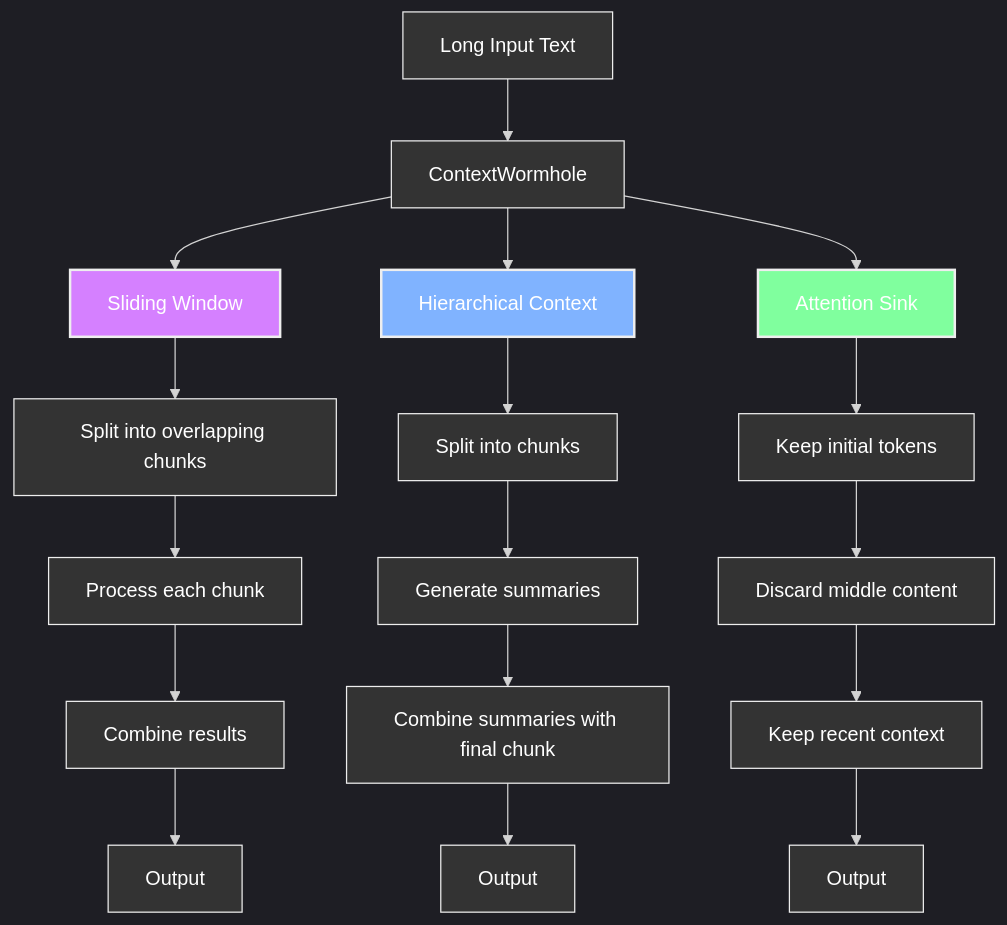
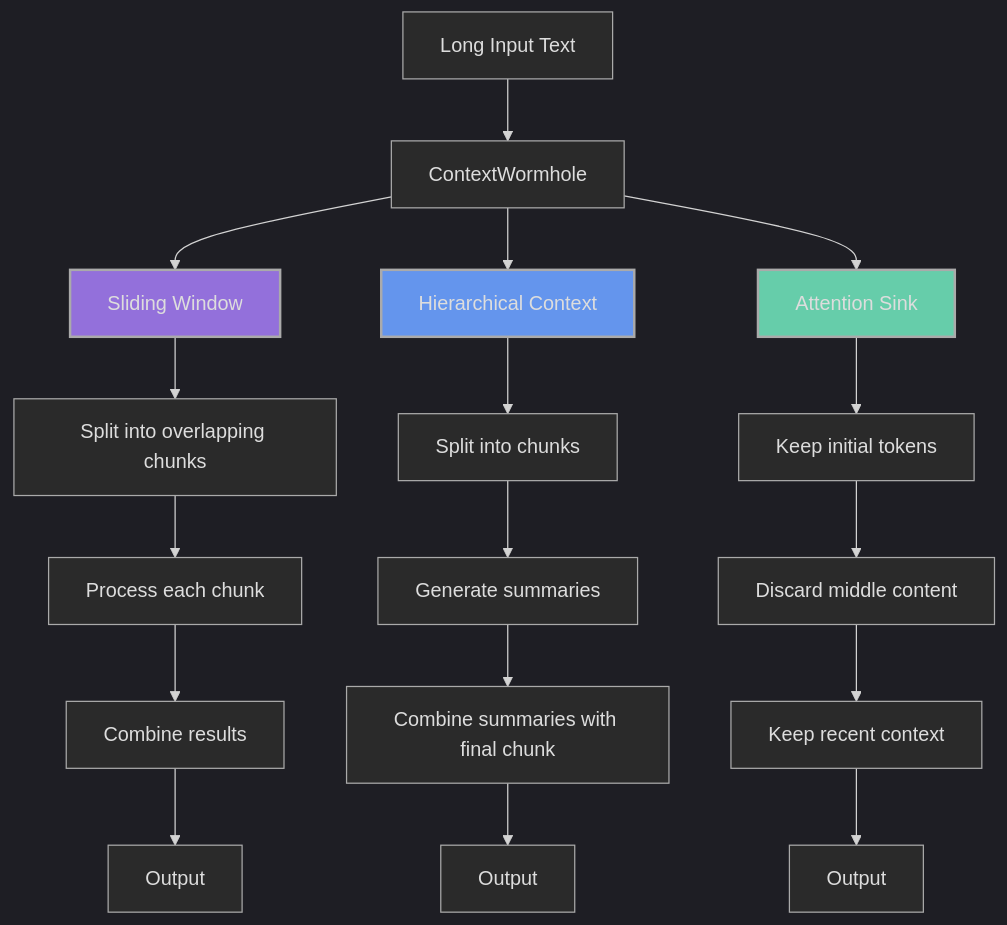
The first of 2 diagrams in README.md (mbhatt1/ContextWormhole), drawn with Mermaid before and after one commit. The commit also changed other lines of this file, not shown here.

Commit message:
Add diagram

````diff
--- a/README.md
+++ b/README.md
@@ -19,32 +19,32 @@
 ```mermaid
 %%{init: {'theme': 'dark'}}%%
 graph TD
     Input[Long Input Text] --> CW[ContextWormhole]
     CW --> SW[Sliding Window]
     CW --> HC[Hierarchical Context]
     CW --> AS[Attention Sink]
     
     %% Sliding Window Strategy
     SW --> SW1[Split into overlapping chunks]
     SW1 --> SW2[Process each chunk]
     SW2 --> SW3[Combine results]
     SW3 --> SWOut[Output]
     
     %% Hierarchical Context Strategy
     HC --> HC1[Split into chunks]
     HC1 --> HC2[Generate summaries]
     HC2 --> HC3[Combine summaries with final chunk]
     HC3 --> HCOut[Output]
     
     %% Attention Sink Strategy
     AS --> AS1[Keep initial tokens]
     AS1 --> AS2[Discard middle content]
     AS2 --> AS3[Keep recent context]
     AS3 --> ASOut[Output]
     
-    style SW fill:#d580ff,stroke:#eee,stroke-width:2px
-    style HC fill:#80b3ff,stroke:#eee,stroke-width:2px
-    style AS fill:#80ff9e,stroke:#eee,stroke-width:2px
+    style SW fill:#9370DB,stroke:#aaa,stroke-width:2px
+    style HC fill:#6495ED,stroke:#aaa,stroke-width:2px
+    style AS fill:#66CDAA,stroke:#aaa,stroke-width:2px
     
-    classDef default fill:#333,stroke:#eee,color:#fff,stroke-width:1px
+    classDef default fill:#2A2A2A,stroke:#aaa,color:#ddd,stroke-width:1px
 ```
````
